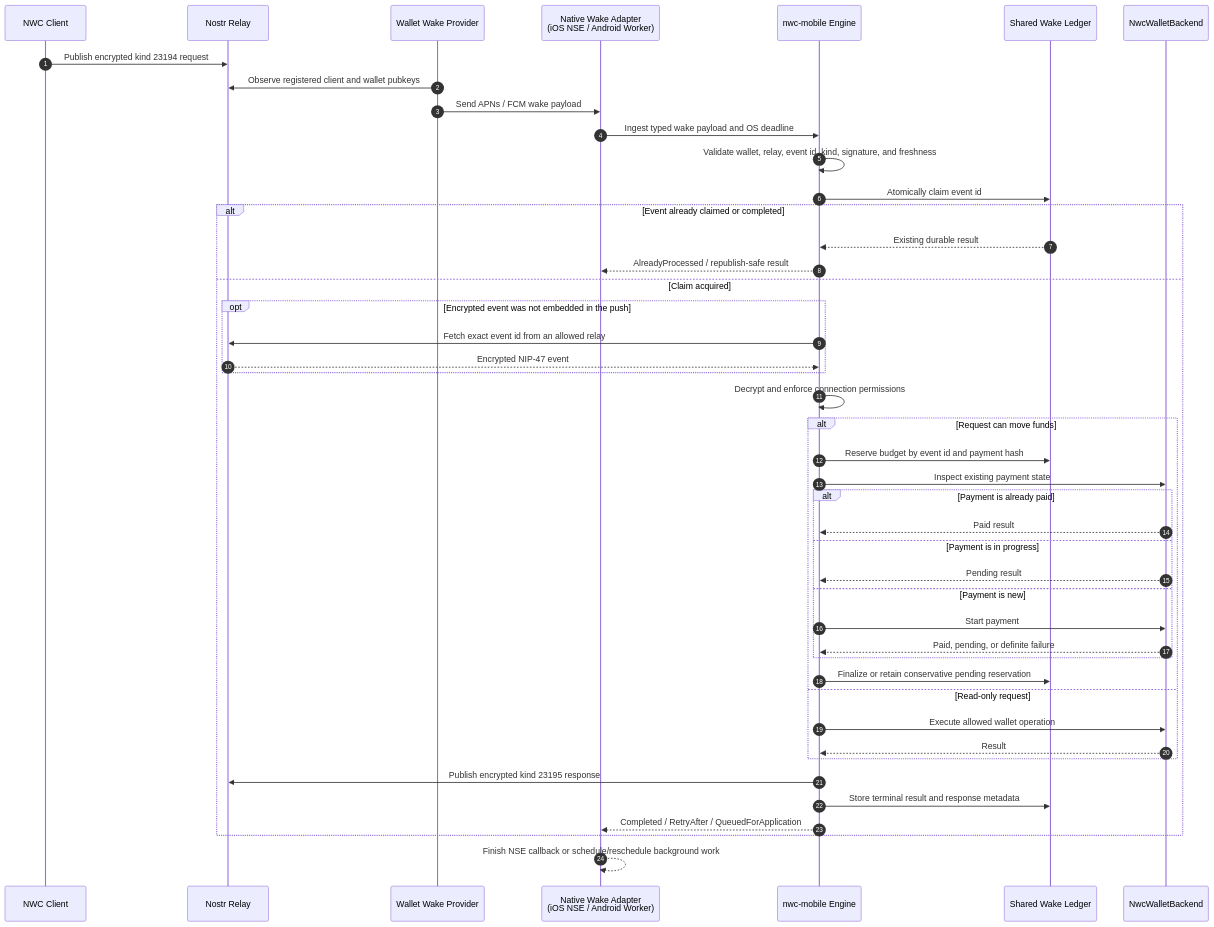
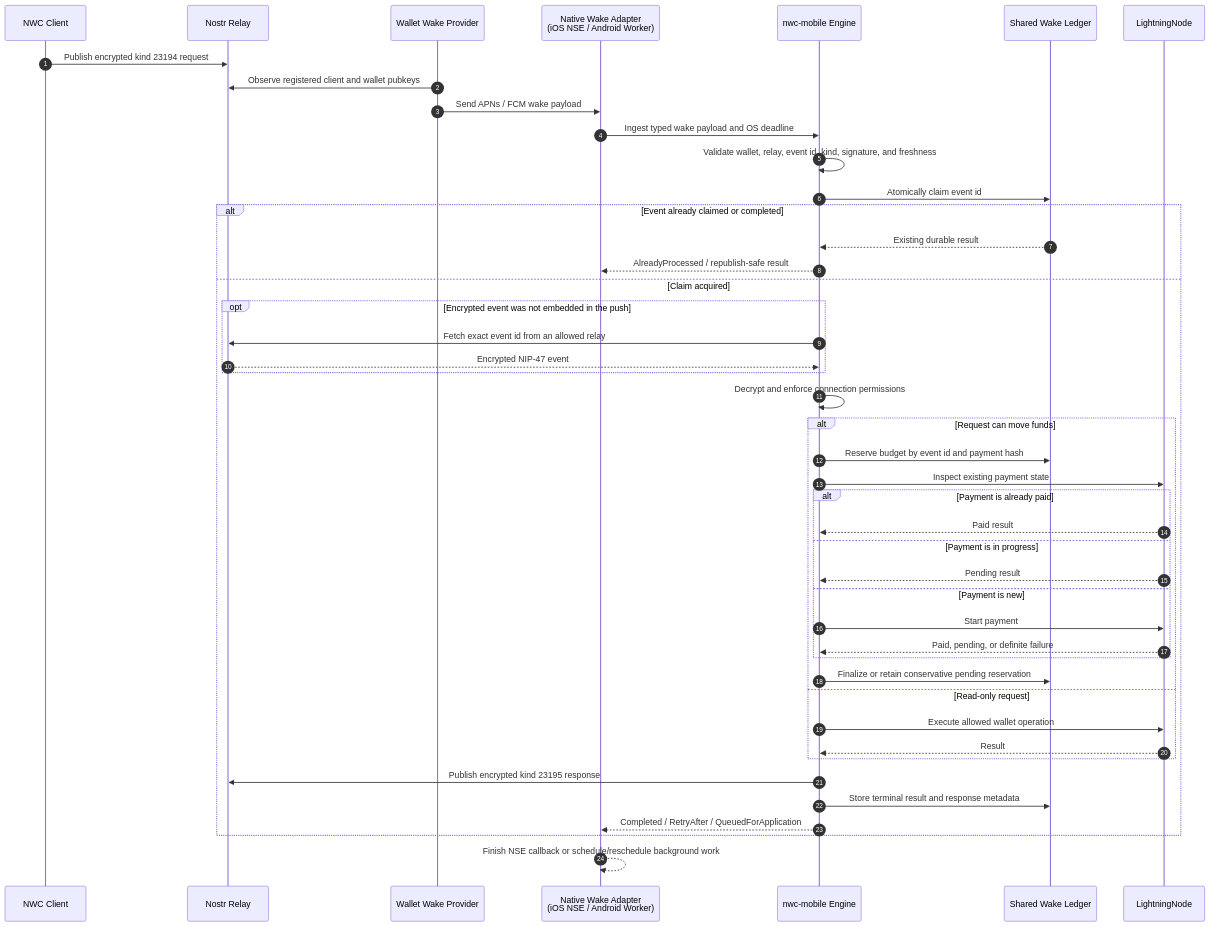
The diagram in README.md (ntheile/nwc-mobile), drawn with Mermaid before and after one commit. The commit also changed other lines of this file and 5 other files, not shown here.

Commit message:
Add high-level NWC node facade

````diff
--- a/README.md
+++ b/README.md
@@ -30,53 +30,53 @@
 ```mermaid
 sequenceDiagram
     autonumber
     participant C as NWC Client
     participant R as Nostr Relay
     participant P as Wallet Wake Provider
     participant N as Native Wake Adapter<br/>(iOS NSE / Android Worker)
     participant E as nwc-mobile Engine
     participant L as Shared Wake Ledger
-    participant W as NwcWalletBackend
+    participant W as LightningNode
 
     C->>R: Publish encrypted kind 23194 request
     P->>R: Observe registered client and wallet pubkeys
     P->>N: Send APNs / FCM wake payload
     N->>E: Ingest typed wake payload and OS deadline
     E->>E: Validate wallet, relay, event id, kind, signature, and freshness
     E->>L: Atomically claim event id
 
     alt Event already claimed or completed
         L-->>E: Existing durable result
         E-->>N: AlreadyProcessed / republish-safe result
     else Claim acquired
         opt Encrypted event was not embedded in the push
             E->>R: Fetch exact event id from an allowed relay
             R-->>E: Encrypted NIP-47 event
         end
 
         E->>E: Decrypt and enforce connection permissions
 
         alt Request can move funds
             E->>L: Reserve budget by event id and payment hash
             E->>W: Inspect existing payment state
             alt Payment is already paid
                 W-->>E: Paid result
             else Payment is in progress
                 W-->>E: Pending result
             else Payment is new
                 E->>W: Start payment
                 W-->>E: Paid, pending, or definite failure
             end
             E->>L: Finalize or retain conservative pending reservation
         else Read-only request
             E->>W: Execute allowed wallet operation
             W-->>E: Result
         end
 
         E->>R: Publish encrypted kind 23195 response
         E->>L: Store terminal result and response metadata
         E-->>N: Completed / RetryAfter / QueuedForApplication
     end
 
     N-->>N: Finish NSE callback or schedule/reschedule background work
 ```
````
